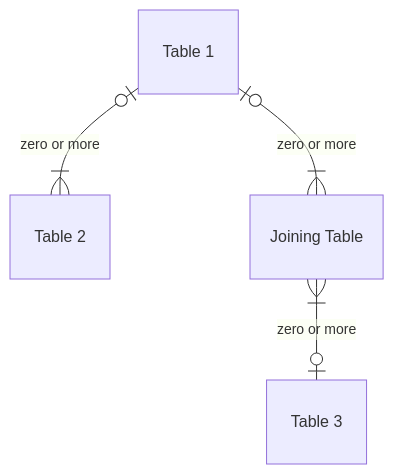
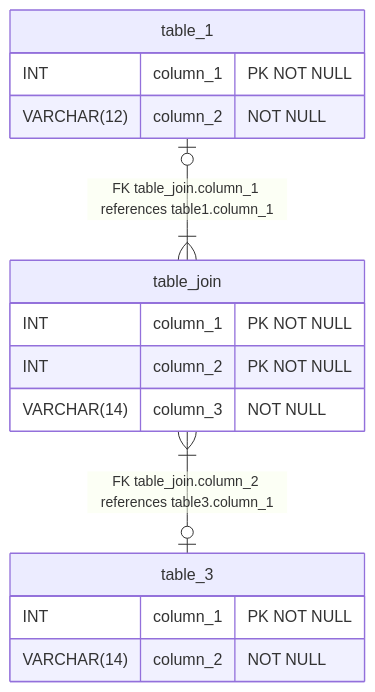
The second of 2 diagrams in notes/Part 2 - Tables, columns, rows & keys.md (CodeHubOrg/intro-to-sql), drawn with Mermaid before and after one commit. The commit also changed other lines of this file and 2 other files, not shown here.

````diff
--- a/notes/Part 2 - Tables, columns, rows & keys.md
+++ b/notes/Part 2 - Tables, columns, rows & keys.md
@@ -70,6 +119,18 @@
 ```mermaid
 erDiagram
-    "Table 1" o|--|{ "Table 2" : "zero or more"
-    "Table 1" o|--|{ "Joining Table" : "zero or more"
-    "Joining Table" }|--|o "Table 3" : "zero or more"
+    table_1 {
+        INT column_1 "PK NOT NULL"
+        VARCHAR(12) column_2 "NOT NULL"
+    }
+    table_join {
+        INT column_1 "PK NOT NULL"
+        INT column_2 "PK NOT NULL"
+        VARCHAR(14) column_3 "NOT NULL"
+    }
+    table_3 {
+        INT column_1 "PK NOT NULL"
+        VARCHAR(14) column_2 "NOT NULL"
+    }
+    table_1 o|--|{ table_join : "FK table_join.column_1 references table1.column_1"
+    table_join }|--|o table_3 : "FK table_join.column_2 references table3.column_1"
 ```
````
